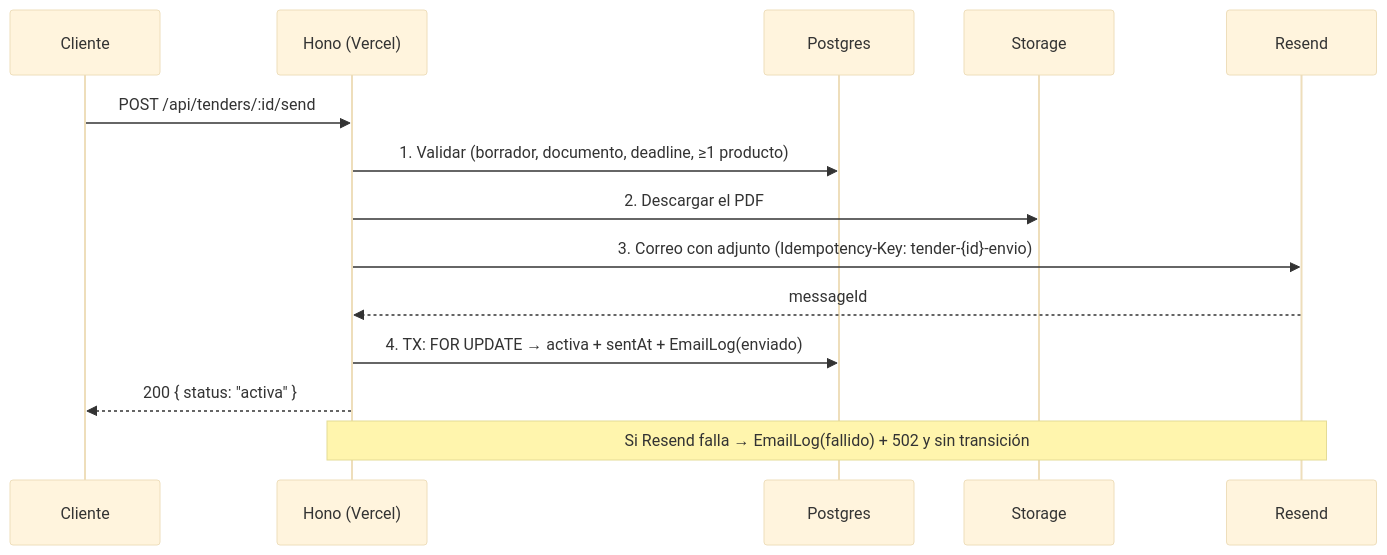
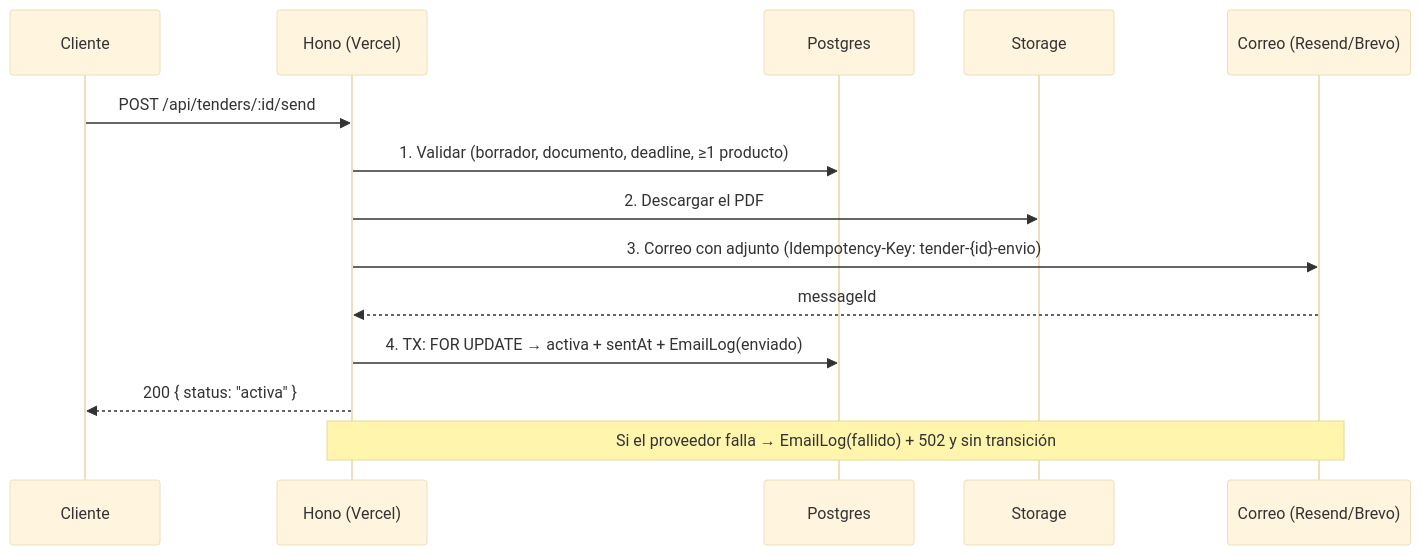
Before and after one commit to refrop/Sistema-de-Gesti-n-de-Licitaciones: the fourth of 4 diagrams in README.md, drawn with Mermaid (base theme). The commit also changed other lines of this file and 9 other files, not shown here.

Commit message:
Fase 10: Brevo como proveedor de correo alternativo

````diff
--- a/README.md
+++ b/README.md
@@ -289,16 +304,16 @@
 ```mermaid
 sequenceDiagram
     participant C as Cliente
     participant API as Hono (Vercel)
     participant DB as Postgres
     participant ST as Storage
-    participant RS as Resend
+    participant RS as Correo (Resend/Brevo)
     C->>API: POST /api/tenders/:id/send
     API->>DB: 1. Validar (borrador, documento, deadline, ≥1 producto)
     API->>ST: 2. Descargar el PDF
     API->>RS: 3. Correo con adjunto (Idempotency-Key: tender-{id}-envio)
     RS-->>API: messageId
     API->>DB: 4. TX: FOR UPDATE → activa + sentAt + EmailLog(enviado)
     API-->>C: 200 { status: "activa" }
-    Note over API,RS: Si Resend falla → EmailLog(fallido) + 502 y sin transición
+    Note over API,RS: Si el proveedor falla → EmailLog(fallido) + 502 y sin transición
 ```
````
